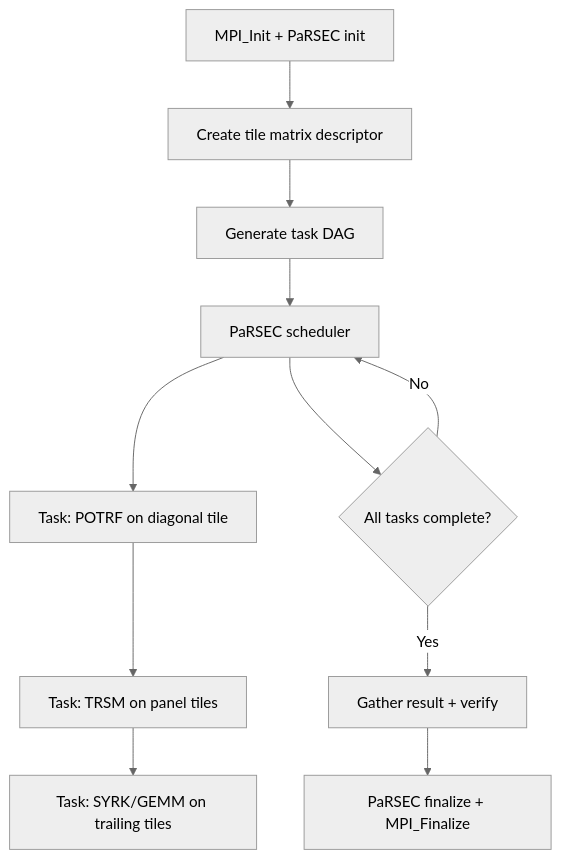
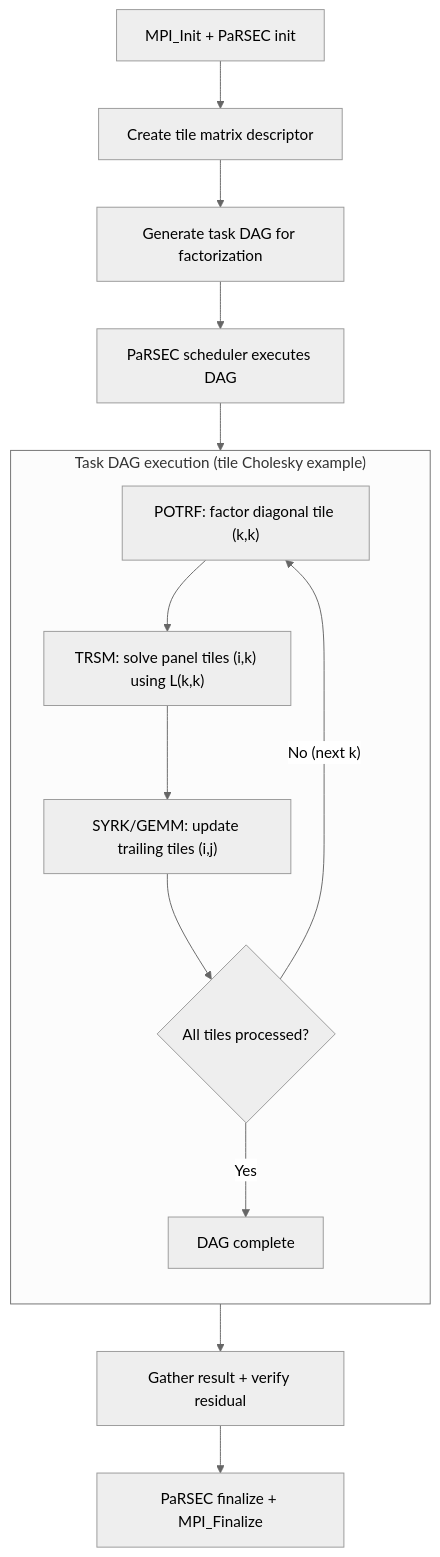
Before and after one commit to ngduchai/guard-agent: the diagram in tests/apps/docs/DPLASMA/computation_flow.md, drawn with Mermaid (neutral theme). The commit also changed other lines of this file and 19 other files, not shown here.

First line of the commit message:
docs: fix all computation flow diagrams and add output comparison guide

````diff
--- a/tests/apps/docs/DPLASMA/computation_flow.md
+++ b/tests/apps/docs/DPLASMA/computation_flow.md
@@ -8,13 +8,21 @@
 ```mermaid
 flowchart TD
     A[MPI_Init + PaRSEC init] --> B[Create tile matrix descriptor]
-    B --> C[Generate task DAG]
-    C --> D[PaRSEC scheduler]
-    D --> D1[Task: POTRF on diagonal tile]
-    D1 --> D2[Task: TRSM on panel tiles]
-    D2 --> D3[Task: SYRK/GEMM on trailing tiles]
-    D --> E{All tasks complete?}
-    E -->|No| D
-    E -->|Yes| F[Gather result + verify]
-    F --> G[PaRSEC finalize + MPI_Finalize]
+    B --> C[Generate task DAG for factorization]
+    C --> D[PaRSEC scheduler executes DAG]
+
+    subgraph dag ["Task DAG execution (tile Cholesky example)"]
+        direction TB
+        T1["POTRF: factor diagonal tile (k,k)"]
+        T2["TRSM: solve panel tiles (i,k) using L(k,k)"]
+        T3["SYRK/GEMM: update trailing tiles (i,j)"]
+        T4{All tiles processed?}
+        T1 --> T2 --> T3 --> T4
+        T4 -->|"No (next k)"| T1
+        T4 -->|Yes| T5[DAG complete]
+    end
+
+    D --> T1
+    T5 --> E[Gather result + verify residual]
+    E --> F[PaRSEC finalize + MPI_Finalize]
 ```
````
